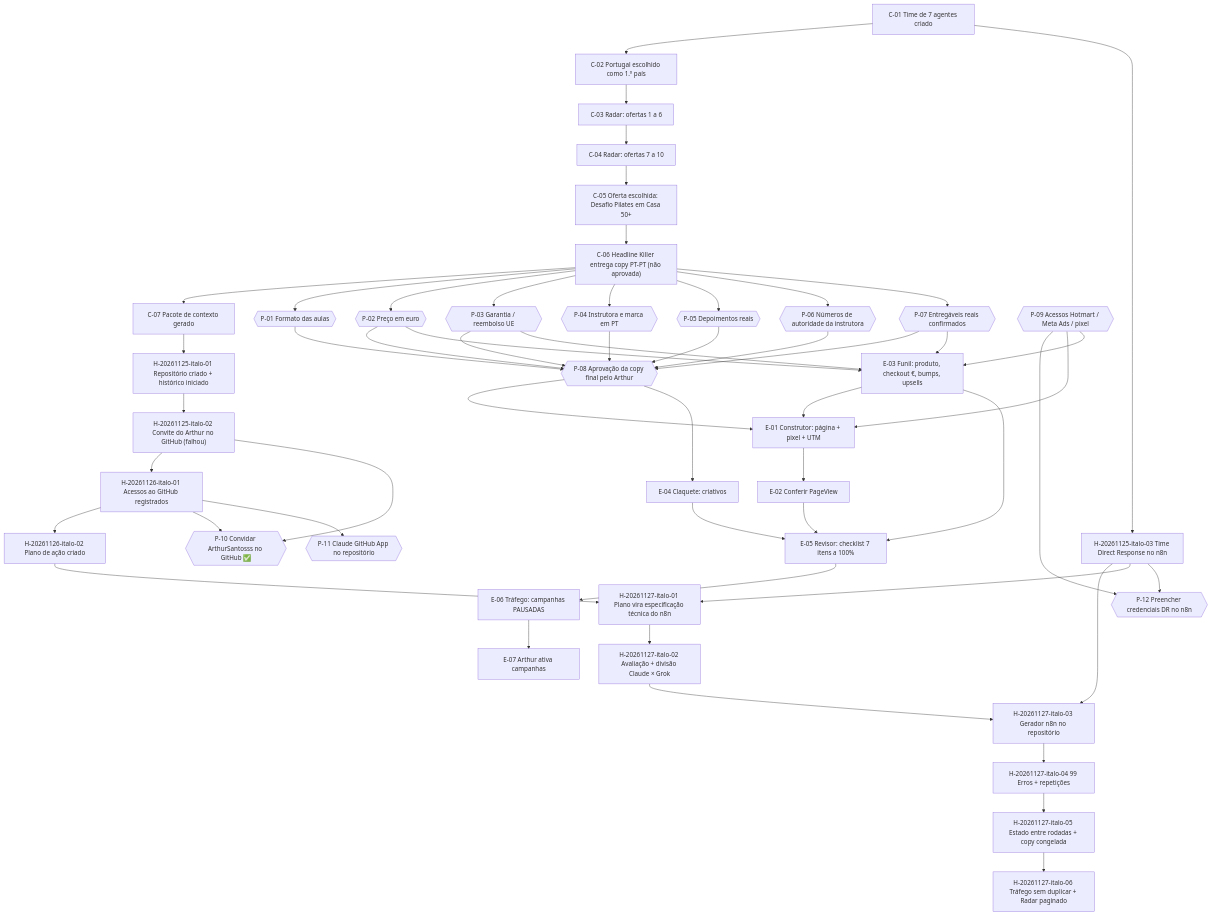
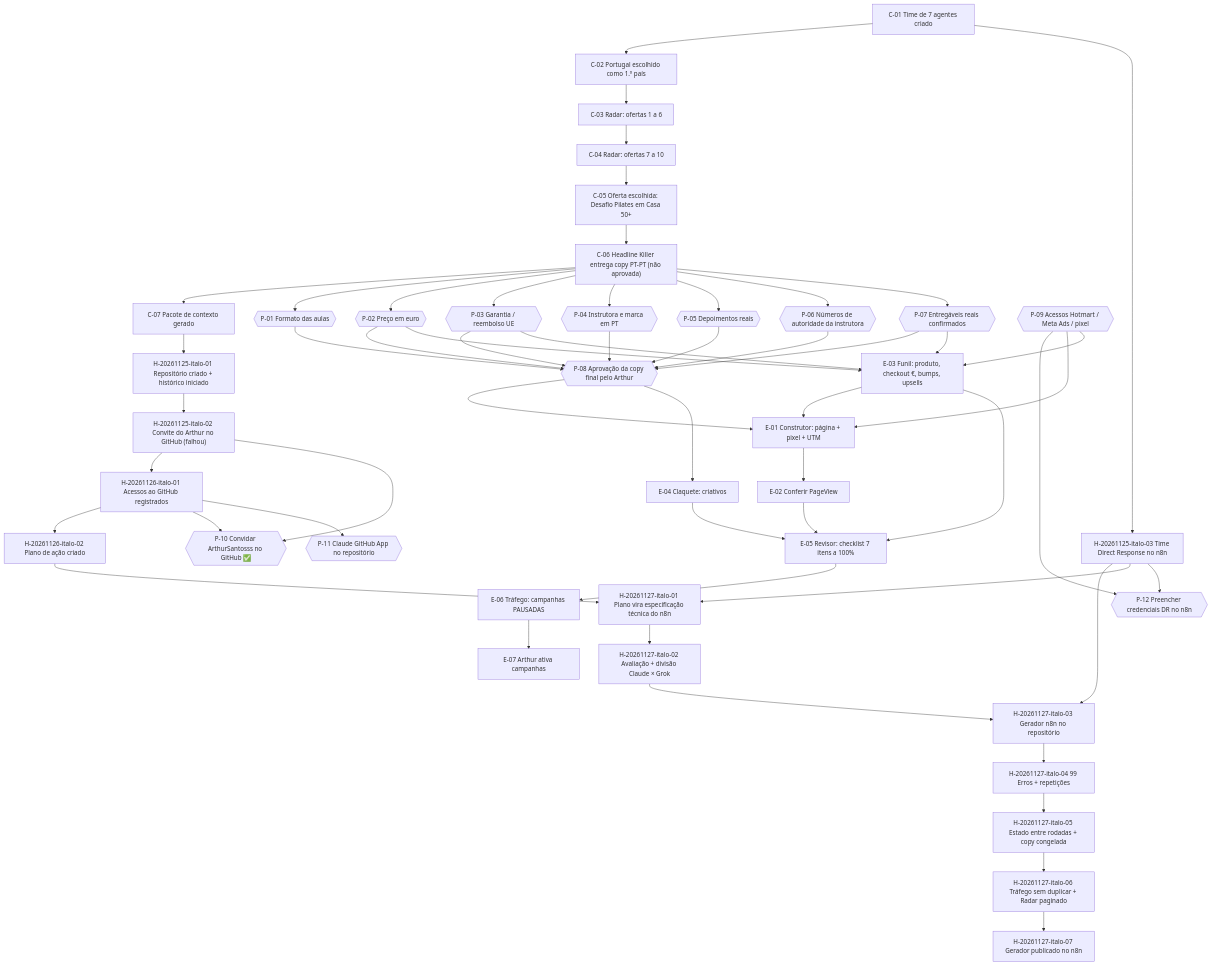
The diagram in historico/MAPA-DEPENDENCIAS.md (italoxdemelo/direct-response), drawn with Mermaid before and after one commit. The commit also changed other lines of this file and 13 other files, not shown here.

Commit message:
H-20261127-italo-07: publicar no n8n o gerador com 99 Erros, estado e Tráfego sem duplicar

````diff
--- a/historico/MAPA-DEPENDENCIAS.md
+++ b/historico/MAPA-DEPENDENCIAS.md
@@ -20,72 +20,74 @@
 ```mermaid
 flowchart TD
   %% Contexto original (25/11/2026, antes do repositório)
   C01["C-01 Time de 7 agentes criado"]
   C02["C-02 Portugal escolhido como 1.º país"]
   C03["C-03 Radar: ofertas 1 a 6"]
   C04["C-04 Radar: ofertas 7 a 10"]
   C05["C-05 Oferta escolhida: Desafio Pilates em Casa 50+"]
   C06["C-06 Headline Killer entrega copy PT-PT (não aprovada)"]
   C07["C-07 Pacote de contexto gerado"]
 
   C01 --> C02 --> C03 --> C04 --> C05 --> C06 --> C07
 
   %% Repositório
   H01["H-20261125-italo-01 Repositório criado + histórico iniciado"]
   C07 --> H01
   H02["H-20261125-italo-02 Convite do Arthur no GitHub (falhou)"]
   H03["H-20261125-italo-03 Time Direct Response no n8n"]
   H04["H-20261126-italo-01 Acessos ao GitHub registrados"]
   H05["H-20261126-italo-02 Plano de ação criado"]
   H06["H-20261127-italo-01 Plano vira especificação técnica do n8n"]
   H07["H-20261127-italo-02 Avaliação + divisão Claude × Grok"]
   H08["H-20261127-italo-03 Gerador n8n no repositório"]
   H09["H-20261127-italo-04 99 Erros + repetições"]
   H10["H-20261127-italo-05 Estado entre rodadas + copy congelada"]
   H11["H-20261127-italo-06 Tráfego sem duplicar + Radar paginado"]
+  H12["H-20261127-italo-07 Gerador publicado no n8n"]
   H01 --> H02 --> H04 --> H05 --> H06
   H06 --> H07 --> H08 --> H09 --> H10 --> H11
+  H11 --> H12
   H03 --> H08
   H03 --> H06
   C01 --> H03
 
   %% Pendências abertas
   P01{{"P-01 Formato das aulas"}}
   P02{{"P-02 Preço em euro"}}
   P03{{"P-03 Garantia / reembolso UE"}}
   P04{{"P-04 Instrutora e marca em PT"}}
   P05{{"P-05 Depoimentos reais"}}
   P06{{"P-06 Números de autoridade da instrutora"}}
   P07{{"P-07 Entregáveis reais confirmados"}}
   P08{{"P-08 Aprovação da copy final pelo Arthur"}}
   P09{{"P-09 Acessos Hotmart / Meta Ads / pixel"}}
   P10{{"P-10 Convidar ArthurSantosss no GitHub ✅"}}
   P11{{"P-11 Claude GitHub App no repositório"}}
   P12{{"P-12 Preencher credenciais DR no n8n"}}
   H02 --> P10
   H04 --> P10
   H04 --> P11
   H03 --> P12
   P09 --> P12
 
   C06 --> P01 & P02 & P03 & P04 & P05 & P06 & P07
   P01 & P02 & P03 & P04 & P05 & P06 & P07 --> P08
 
   %% Etapas futuras do fluxo
   E01["E-01 Construtor: página + pixel + UTM"]
   E02["E-02 Conferir PageView"]
   E03["E-03 Funil: produto, checkout €, bumps, upsells"]
   E04["E-04 Claquete: criativos"]
   E05["E-05 Revisor: checklist 7 itens a 100%"]
   E06["E-06 Tráfego: campanhas PAUSADAS"]
   E07["E-07 Arthur ativa campanhas"]
 
   P08 --> E01
   P09 --> E01
   P02 & P03 & P07 & P09 --> E03
   P08 --> E04
   E01 --> E02
   E03 --> E01
   E02 & E03 & E04 --> E05
   E05 --> E06 --> E07
 ```
````
